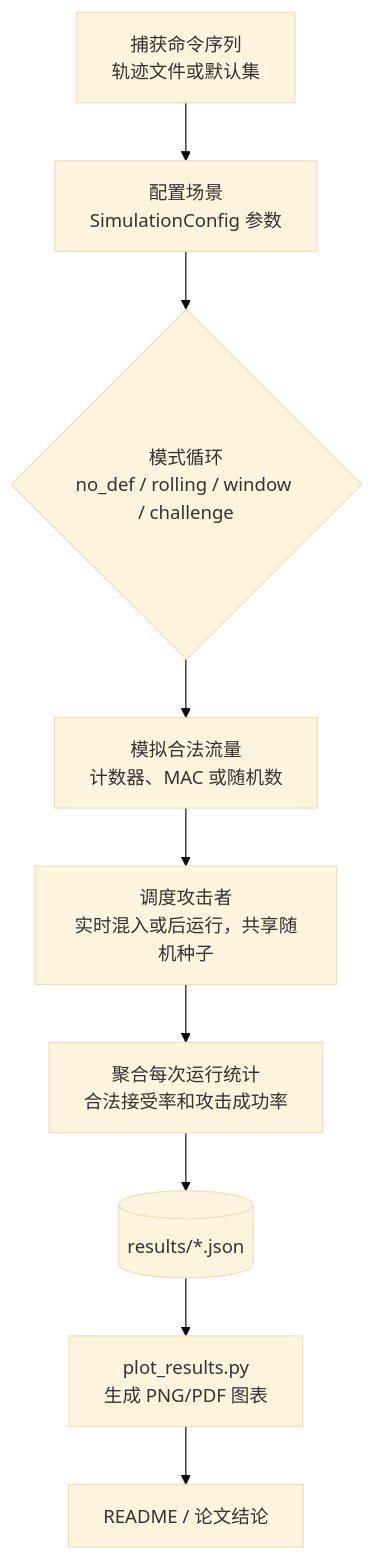
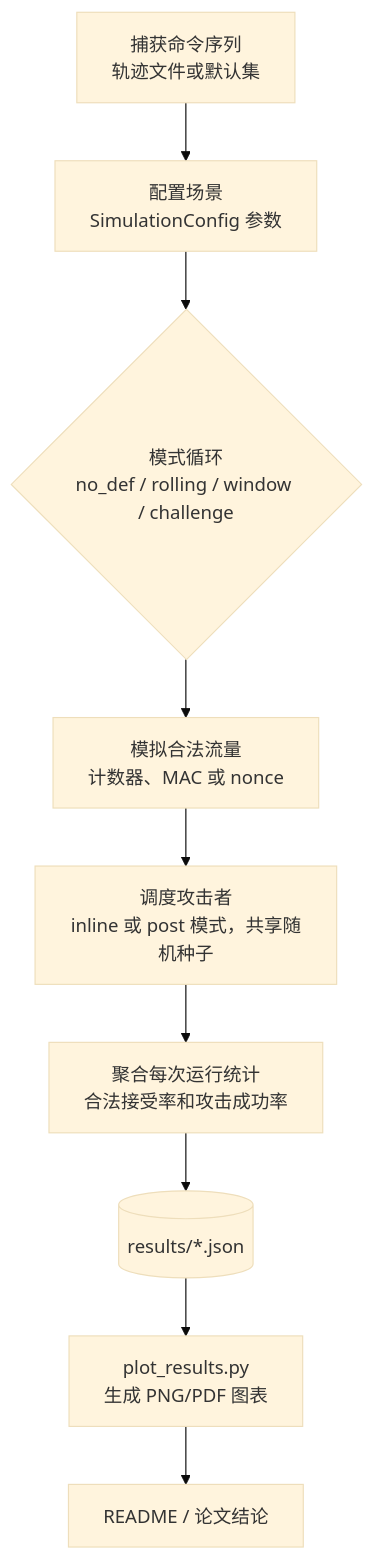
Before and after one commit to tammakiiroha/IoT-Replay-Defense-Simulator: the diagram in README_CH.md, drawn with Mermaid (base theme). The commit also changed 2 other files, not shown here.

Commit message:
fix: 修复 Mermaid 流程图语法错误
问题：
- README 中的 Mermaid 流程图包含括号，导致 GitHub 渲染失败
- 错误信息：Parse error - Expecting 'SQE', got 'PS'

修复：
- 移除流程图节点中的括号（real-time）
- 简化攻击者调度节点文本
- 统一三语版本的术语（inline/post）

影响文件：
- README.md
- README_CH.md
- README_JP.md

````diff
--- a/README_CH.md
+++ b/README_CH.md
@@ -248,14 +248,14 @@
 ```mermaid
 flowchart TD
     A[捕获命令序列<br/>轨迹文件或默认集]
     B[配置场景<br/>SimulationConfig 参数]
     C{模式循环<br/>no_def / rolling / window / challenge}
-    D[模拟合法流量<br/>计数器、MAC 或随机数]
-    E[调度攻击者<br/>实时混入或后运行，共享随机种子]
+    D[模拟合法流量<br/>计数器、MAC 或 nonce]
+    E[调度攻击者<br/>inline 或 post 模式，共享随机种子]
     F[聚合每次运行统计<br/>合法接受率和攻击成功率]
     G[(results/*.json)]
     H[plot_results.py<br/>生成 PNG/PDF 图表]
     I[README / 论文结论]
 
     A --> B --> C --> D --> E --> F --> G --> H --> I
 ```
````
